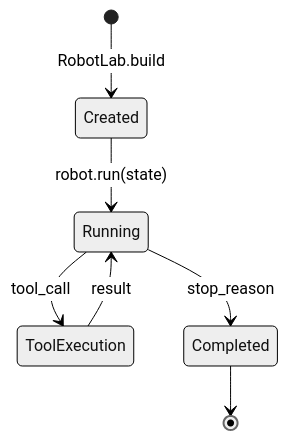
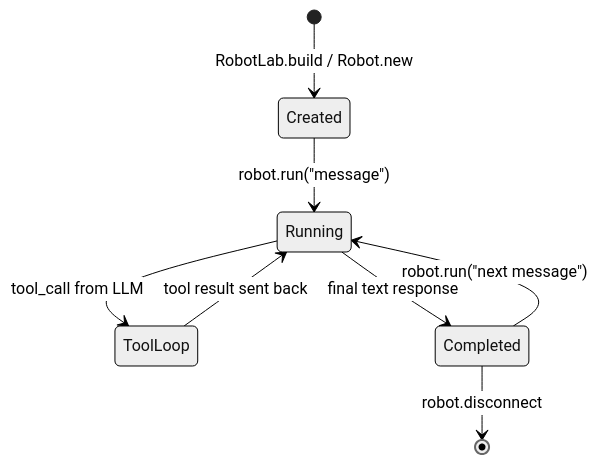
Before and after one commit to MadBomber/robot_lab: the first of 2 diagrams in docs/architecture/core-concepts.md, drawn with Mermaid (neutral theme). The commit also changed other lines of this file and 92 other files, not shown here.

````diff
--- a/docs/architecture/core-concepts.md
+++ b/docs/architecture/core-concepts.md
@@ -43,9 +46,10 @@
 ```mermaid
 stateDiagram-v2
-    [*] --> Created: RobotLab.build
-    Created --> Running: robot.run(state)
-    Running --> ToolExecution: tool_call
-    ToolExecution --> Running: result
-    Running --> Completed: stop_reason
-    Completed --> [*]
+    [*] --> Created: RobotLab.build / Robot.new
+    Created --> Running: robot.run("message")
+    Running --> ToolLoop: tool_call from LLM
+    ToolLoop --> Running: tool result sent back
+    Running --> Completed: final text response
+    Completed --> Running: robot.run("next message")
+    Completed --> [*]: robot.disconnect
 ```
````
